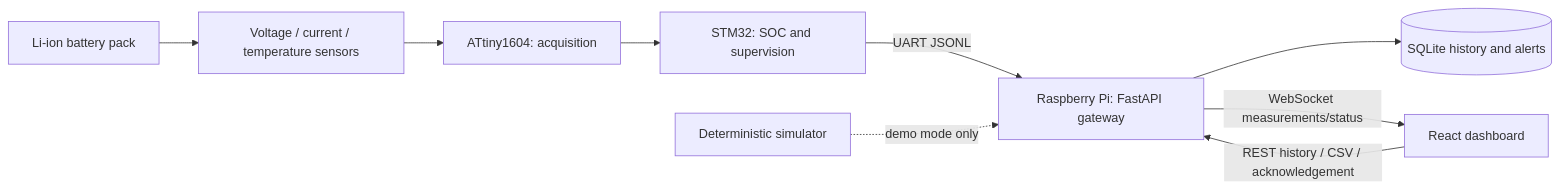
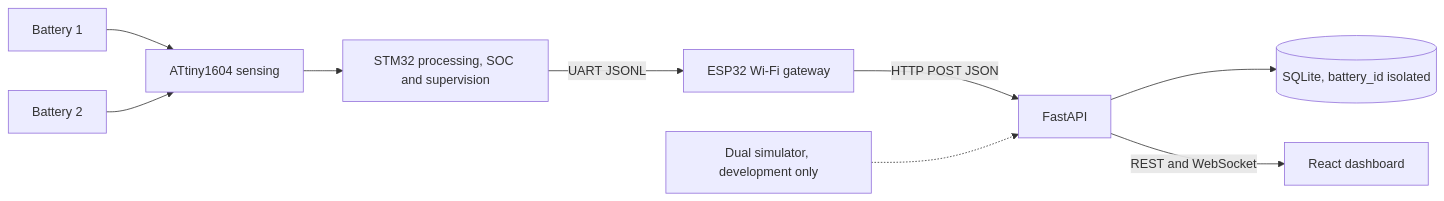
The diagram in docs/architecture.md (vsshingne/BatteryManagementSystem), drawn with Mermaid before and after one commit. The commit also changed other lines of this file and 22 other files, not shown here.

Commit message:
dual battery demo

````diff
--- a/docs/architecture.md
+++ b/docs/architecture.md
@@ -3,11 +3,11 @@
 ```mermaid
 flowchart LR
-  Battery[Li-ion battery pack] --> Sensors[Voltage / current / temperature sensors]
-  Sensors --> ATtiny[ATtiny1604: acquisition]
-  ATtiny --> STM32[STM32: SOC and supervision]
-  STM32 -->|UART JSONL| Pi[Raspberry Pi: FastAPI gateway]
-  Pi --> SQLite[(SQLite history and alerts)]
-  Pi -->|WebSocket measurements/status| React[React dashboard]
-  React -->|REST history / CSV / acknowledgement| Pi
-  Demo[Deterministic simulator] -. demo mode only .-> Pi
+ Battery1[Battery 1] --> Sensors[ATtiny1604 sensing]
+ Battery2[Battery 2] --> Sensors
+ Sensors --> STM32[STM32 processing, SOC and supervision]
+ STM32 -->|UART JSONL| ESP32[ESP32 Wi-Fi gateway]
+ ESP32 -->|HTTP POST JSON| FastAPI[FastAPI]
+ FastAPI --> SQLite[(SQLite, battery_id isolated)]
+ FastAPI -->|REST and WebSocket| React[React dashboard]
+ Demo[Dual simulator, development only] -.-> FastAPI
 ```
````
